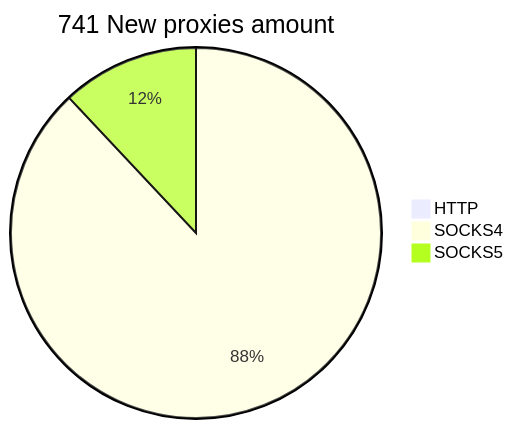
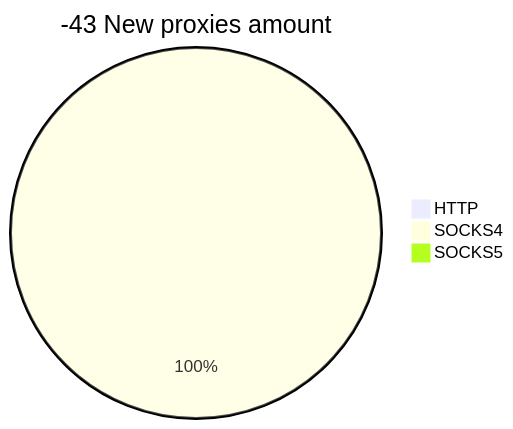
One commit to cutipu/proxylist changed the second of 2 diagrams in README.md. Above: the diagram before and after it, drawn with Mermaid. The commit also changed other lines of this file, not shown here.

````diff
--- a/README.md
+++ b/README.md
@@ -10,6 +10,6 @@
 ```mermaid
-pie title 741 New proxies amount
+pie title -43 New proxies amount
     "HTTP" : 0
-    "SOCKS4" : 653
-    "SOCKS5" : 89
+    "SOCKS4" : 1
+    "SOCKS5" : 0
 ```
````
